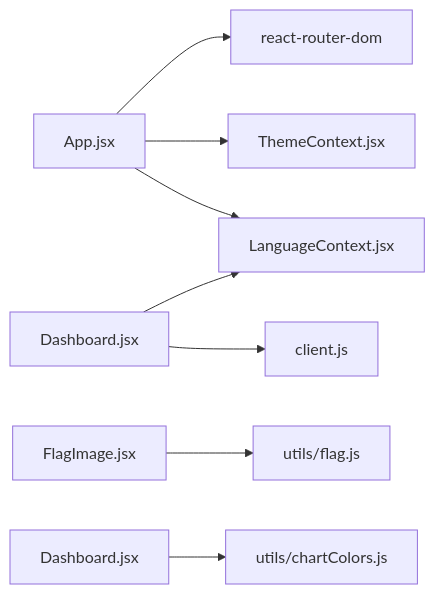
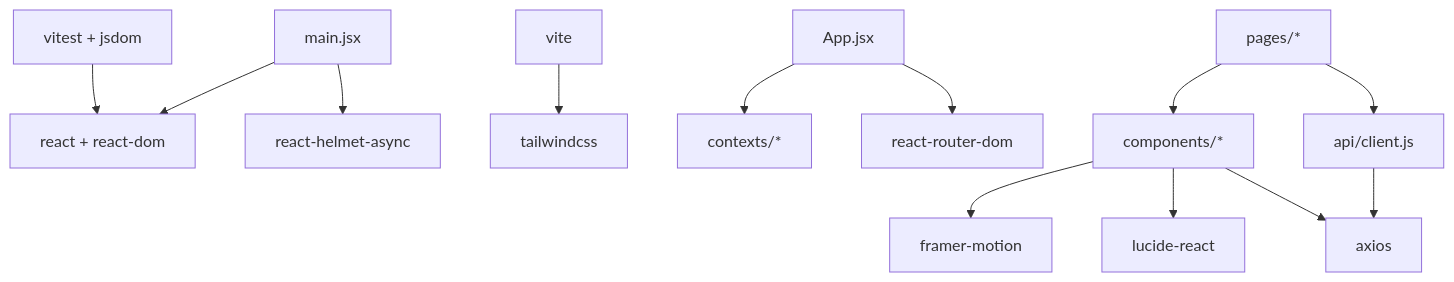
Before and after one commit to cheesiong/WC26-qwen: the ninth of 9 diagrams in .qoder/repowiki/en/content/System Architecture/Frontend Architecture.md, drawn with Mermaid. The commit also changed other lines of this file and 181 other files, not shown here.

````diff
--- a/.qoder/repowiki/en/content/System Architecture/Frontend Architecture.md
+++ b/.qoder/repowiki/en/content/System Architecture/Frontend Architecture.md
@@ -361,10 +357,30 @@
 ```mermaid
-graph LR
-App["App.jsx"] --> Router["react-router-dom"]
-App --> Theme["ThemeContext.jsx"]
-App --> Lang["LanguageContext.jsx"]
-Dashboard["Dashboard.jsx"] --> API["client.js"]
-Dashboard --> Lang
-FlagImage["FlagImage.jsx"] --> UtilsFlag["utils/flag.js"]
-Chart["Dashboard.jsx"] --> Colors["utils/chartColors.js"]
+graph TB
+REACT["react + react-dom"]
+ROUTER["react-router-dom"]
+AXIOS["axios"]
+HELMET["react-helmet-async"]
+FRAMER["framer-motion"]
+ICONS["lucide-react"]
+TAILWIND["tailwindcss"]
+VITE["vite"]
+TEST["vitest + jsdom"]
+APP["App.jsx"]
+MAIN["main.jsx"]
+API["api/client.js"]
+PAGES["pages/*"]
+CMPS["components/*"]
+CTX["contexts/*"]
+APP --> ROUTER
+APP --> CTX
+MAIN --> HELMET
+MAIN --> REACT
+PAGES --> API
+PAGES --> CMPS
+CMPS --> AXIOS
+CMPS --> ICONS
+CMPS --> FRAMER
+API --> AXIOS
+VITE --> TAILWIND
+TEST --> REACT
 ```
````
